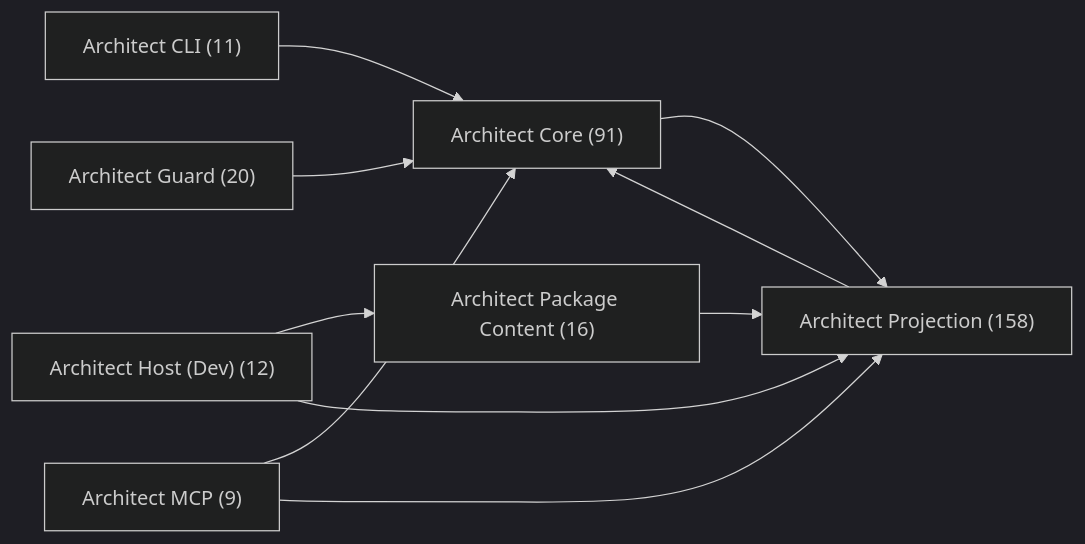
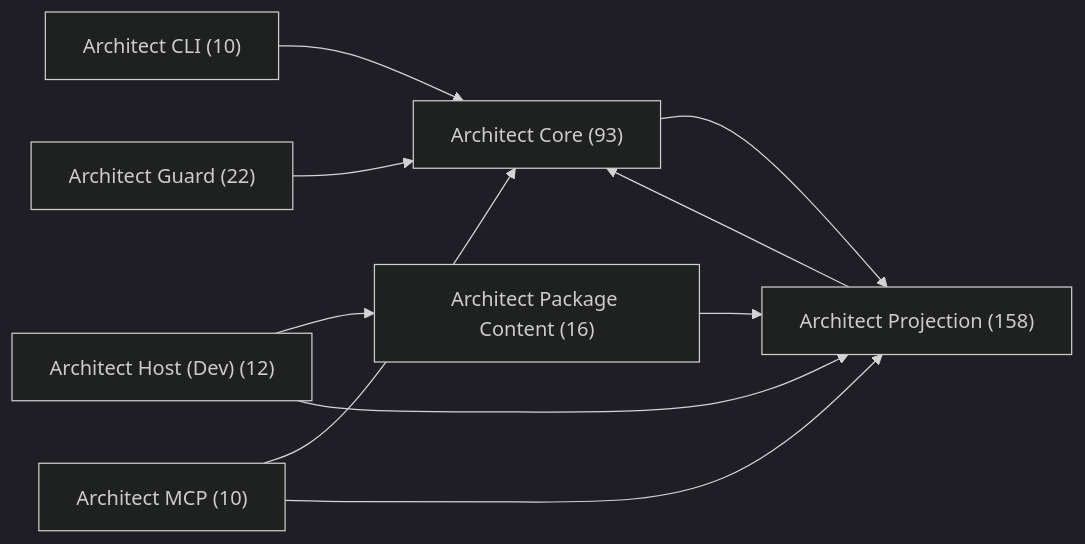
The first of 8 diagrams in docs-live/architecture/package-seam.md (libar-dev/architect), drawn with Mermaid (dark theme) before and after one commit. The commit also changed other lines of this file and 185 other files, not shown here.

Commit message:
refactor(architect): replace facade with frozen graph handle

````diff
--- a/docs-live/architecture/package-seam.md
+++ b/docs-live/architecture/package-seam.md
@@ -18,19 +18,19 @@
 ```mermaid
 graph LR
-  pkg_architect_cli["Architect CLI (11)"]
-  pkg_architect_core["Architect Core (91)"]
-  pkg_architect_guard["Architect Guard (20)"]
+  pkg_architect_cli["Architect CLI (10)"]
+  pkg_architect_core["Architect Core (93)"]
+  pkg_architect_guard["Architect Guard (22)"]
   pkg_architect_host_dev["Architect Host (Dev) (12)"]
-  pkg_architect_mcp["Architect MCP (9)"]
+  pkg_architect_mcp["Architect MCP (10)"]
   pkg_architect_package_content["Architect Package Content (16)"]
   pkg_architect_projection["Architect Projection (158)"]
   pkg_architect_cli --> pkg_architect_core
   pkg_architect_core --> pkg_architect_projection
   pkg_architect_guard --> pkg_architect_core
   pkg_architect_host_dev --> pkg_architect_package_content
   pkg_architect_host_dev --> pkg_architect_projection
   pkg_architect_mcp --> pkg_architect_core
   pkg_architect_mcp --> pkg_architect_projection
   pkg_architect_package_content --> pkg_architect_projection
   pkg_architect_projection --> pkg_architect_core
 ```
````
